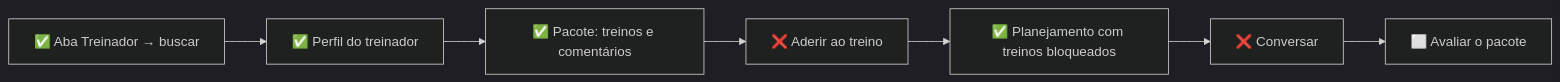
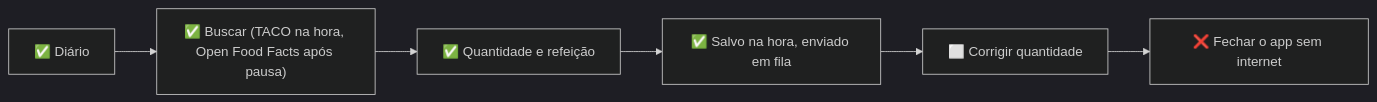
Before and after one commit to willians-e-silva/treina: the fourth of 7 diagrams in audit/analysis.md, drawn with Mermaid (dark theme). The commit also changed other lines of this file and 22 other files, not shown here.

````diff
--- a/audit/analysis.md
+++ b/audit/analysis.md
@@ -1964,16 +2095,14 @@
 ```mermaid
 flowchart LR
-  s0["✅ Aba Treinador → buscar"]
-  s1["✅ Perfil do treinador"]
+  s0["✅ Diário"]
+  s1["✅ Buscar (TACO na hora, Open Food Facts após pausa)"]
   s0 --> s1
-  s2["✅ Pacote: treinos e comentários"]
+  s2["✅ Quantidade e refeição"]
   s1 --> s2
-  s3["❌ Aderir ao treino"]
+  s3["✅ Salvo na hora, enviado em fila"]
   s2 --> s3
-  s4["✅ Planejamento com treinos bloqueados"]
+  s4["⬜ Corrigir quantidade"]
   s3 --> s4
-  s5["❌ Conversar"]
+  s5["❌ Fechar o app sem internet"]
   s4 --> s5
-  s6["⬜ Avaliar o pacote"]
-  s5 --> s6
 ```
````
